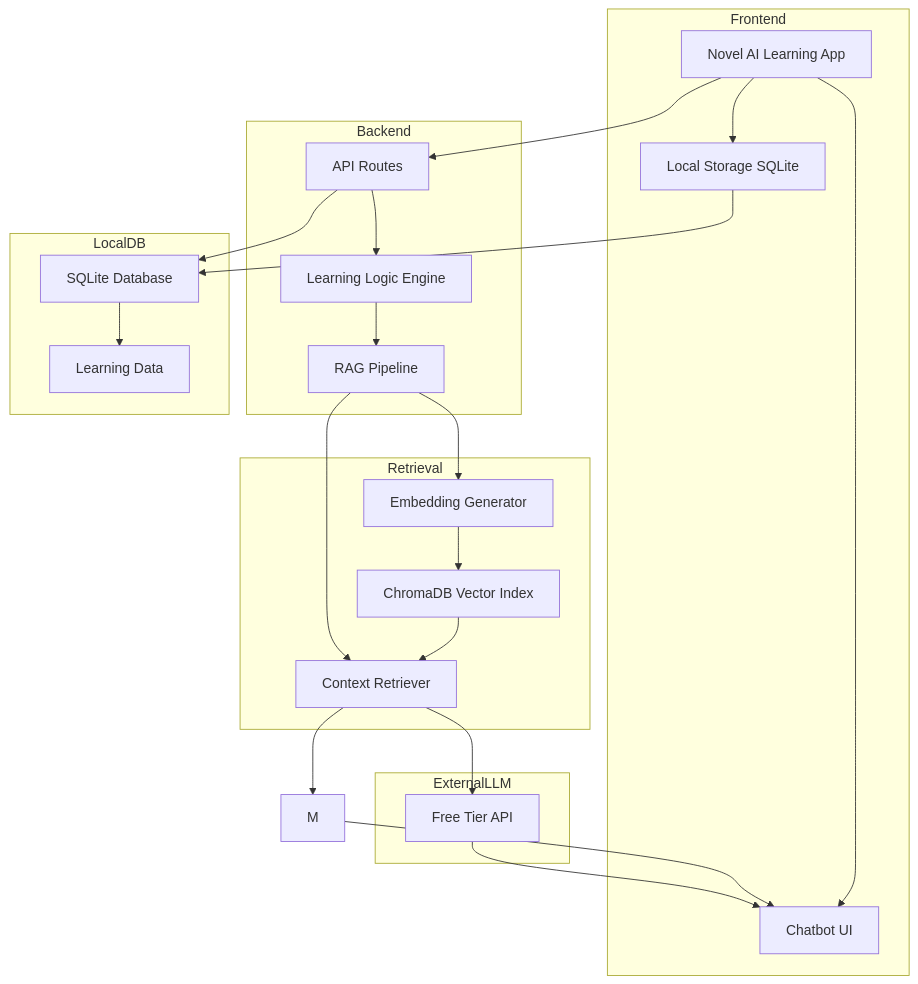
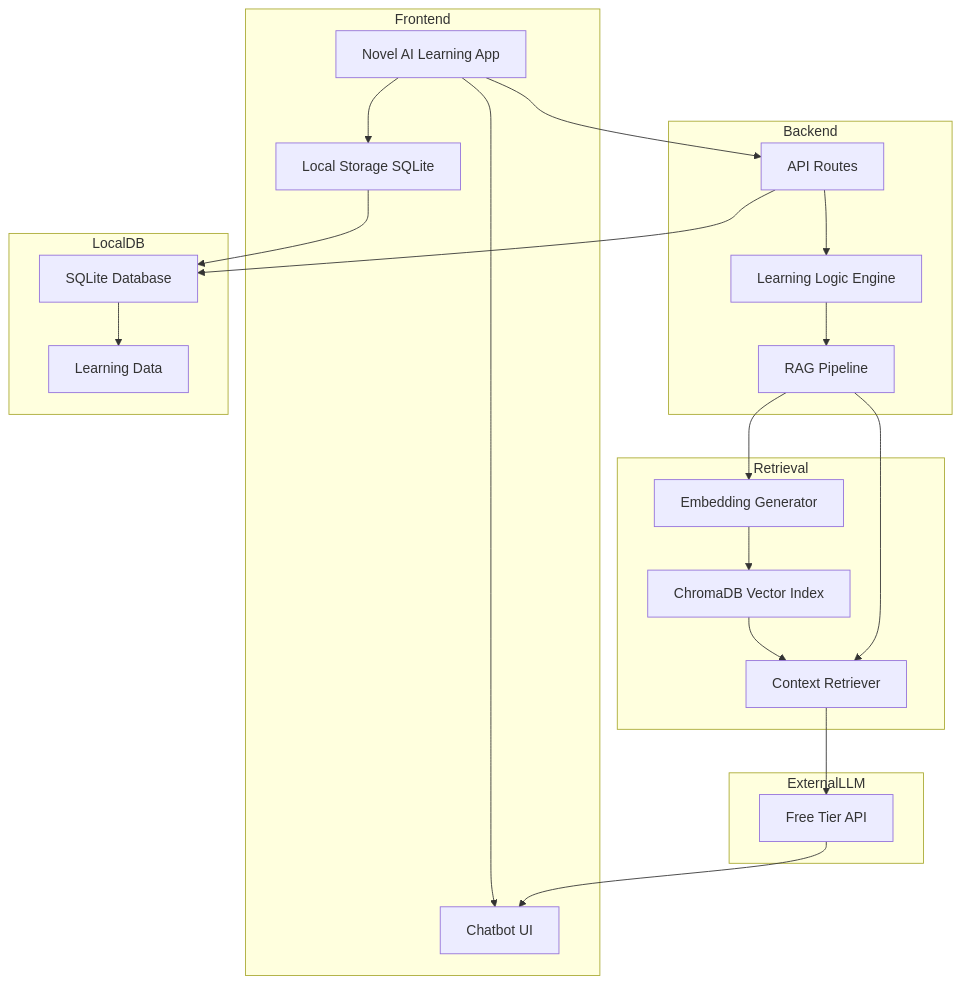
One commit to prakharsingh-74/BabyNest changed the diagram in README.md. Above: the diagram before and after it, drawn with Mermaid.

````diff
--- a/README.md
+++ b/README.md
@@ -95,57 +95,55 @@
 ```mermaid
 graph TD
 
 %% FRONTEND
 subgraph Frontend
     A[Novel AI Learning App]
     B[Chatbot UI]
     C[Local Storage SQLite]
 
     A --> B
     A --> C
 end
 
 %% BACKEND
 subgraph Backend
     D[API Routes]
     E[Learning Logic Engine]
     F[RAG Pipeline]
 
     D --> E
     E --> F
 end
 
 %% LOCAL DATABASE
 subgraph LocalDB
     G[SQLite Database]
     H[Learning Data]
 
     G --> H
 end
 
 %% RAG LAYER
 subgraph Retrieval
     I[Embedding Generator]
     J[ChromaDB Vector Index]
     K[Context Retriever]
 
     I --> J
     J --> K
 end
 
 %% EXTERNAL LLM
 subgraph ExternalLLM
-    L[Free Tier API ]
+    L[Free Tier API]
 end
 
 %% CONNECTIONS
 A --> D
 D --> G
 F --> I
 F --> K
 K --> L
-K --> M
 L --> B
-M --> B
 C --> G
 ```
````
